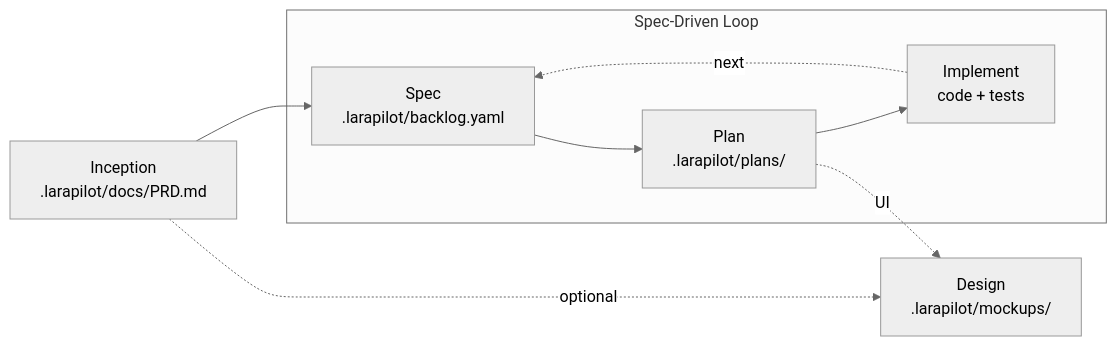
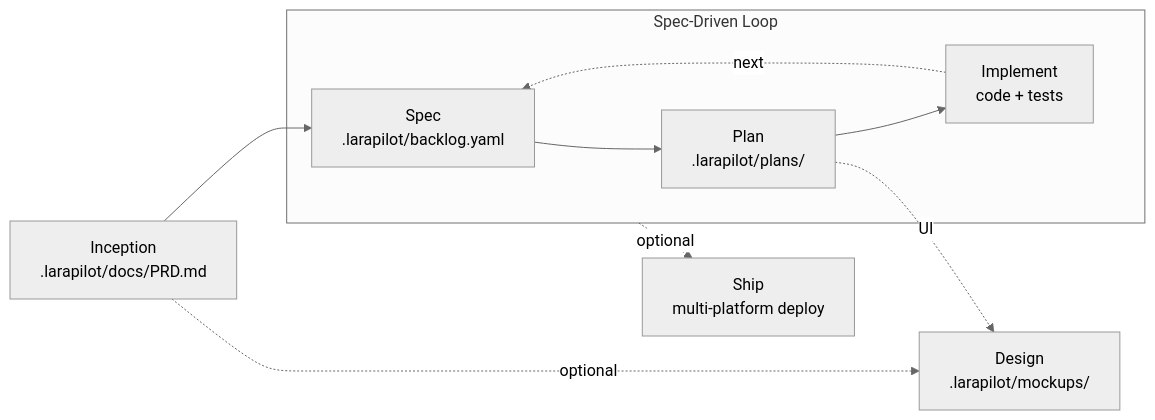
One commit to andreapollastri/larapilot changed the diagram in README.md. Above: the diagram before and after it, drawn with Mermaid (neutral theme). The commit also changed other lines of this file and 12 other files, not shown here.

````diff
--- a/README.md
+++ b/README.md
@@ -204,13 +207,15 @@
 ```mermaid
 flowchart LR
     I["Inception<br/>.larapilot/docs/PRD.md"] --> S
     I -. optional .-> D["Design<br/>.larapilot/mockups/"]
 
     subgraph Loop["Spec-Driven Loop"]
         S["Spec<br/>.larapilot/backlog.yaml"] --> P["Plan<br/>.larapilot/plans/"]
         P --> IM["Implement<br/>code + tests"]
         IM -. next .-> S
     end
 
+    Loop -. optional .-> SH["Ship<br/>multi-platform deploy"]
+
     P -. UI .-> D
 ```
````
